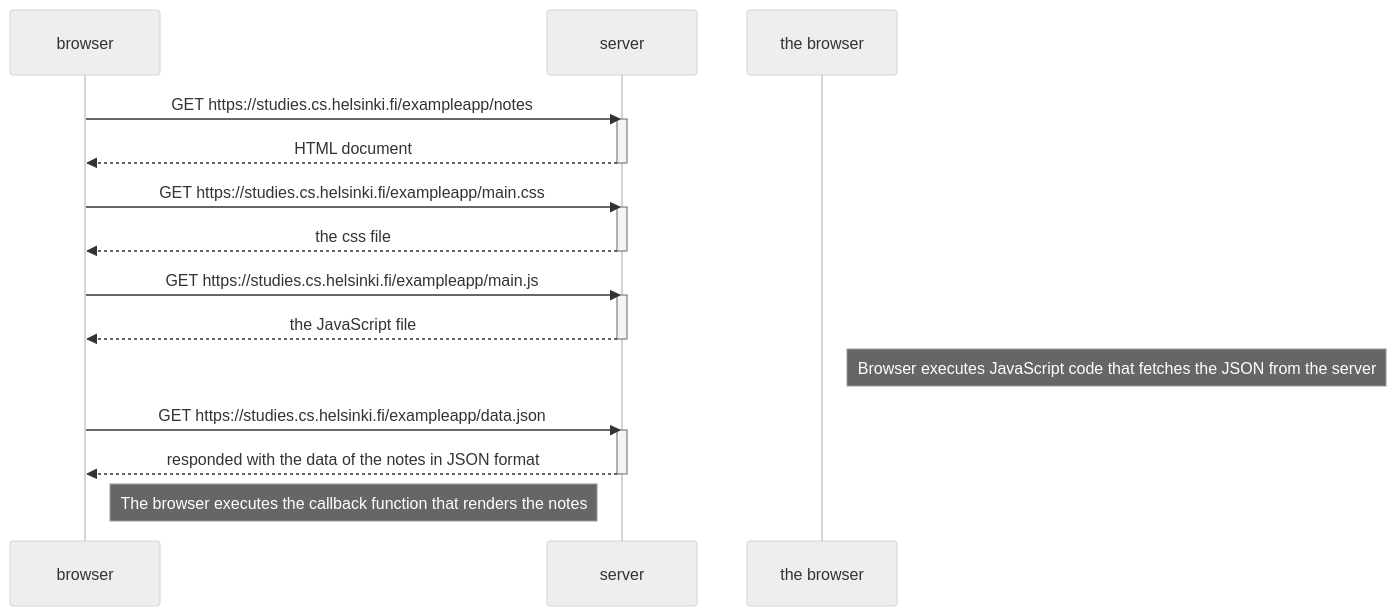
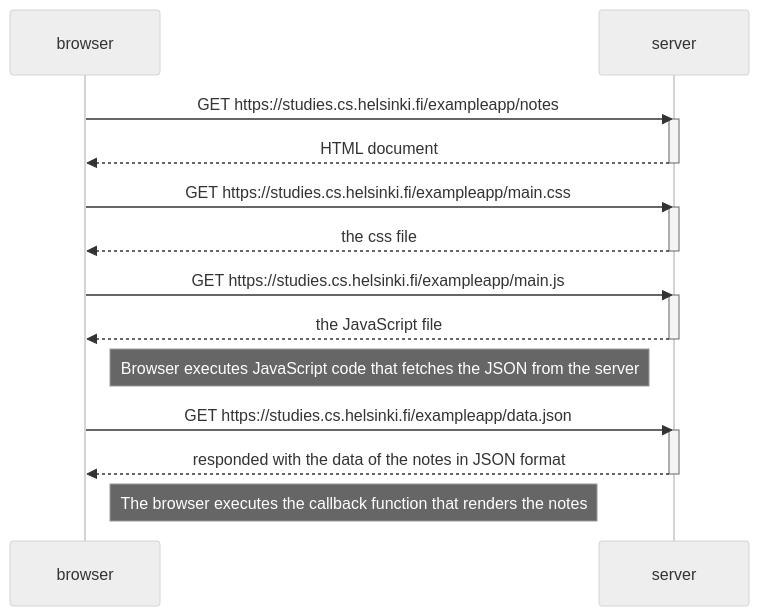
The diagram in part 0/exercise0.4.md (edsamhw/fullstackopen-slopez), drawn with Mermaid (neutral theme) before and after one commit.

Commit message:
push exercise 0.4

````diff
--- a/part 0/exercise0.4.md
+++ b/part 0/exercise0.4.md
@@ -2,29 +2,29 @@
 ```mermaid
 sequenceDiagram
     participant browser
     participant server
 
     browser->>server: GET https://studies.cs.helsinki.fi/exampleapp/notes
     activate server
     server-->>browser: HTML document
     deactivate server
 
     browser->>server: GET https://studies.cs.helsinki.fi/exampleapp/main.css
     activate server
     server-->>browser: the css file
     deactivate server
 
     browser->>server: GET https://studies.cs.helsinki.fi/exampleapp/main.js
     activate server
     server-->>browser: the JavaScript file
     deactivate server
 
-    Note right of the browser: Browser executes JavaScript code that fetches the JSON from the server
+    Note right of browser: Browser executes JavaScript code that fetches the JSON from the server
 
     browser->>server: GET https://studies.cs.helsinki.fi/exampleapp/data.json
     activate server
     server-->>browser: responded with the data of the notes in JSON format
     deactivate server
 
     Note right of browser: The browser executes the callback function that renders the notes
 ```
````
